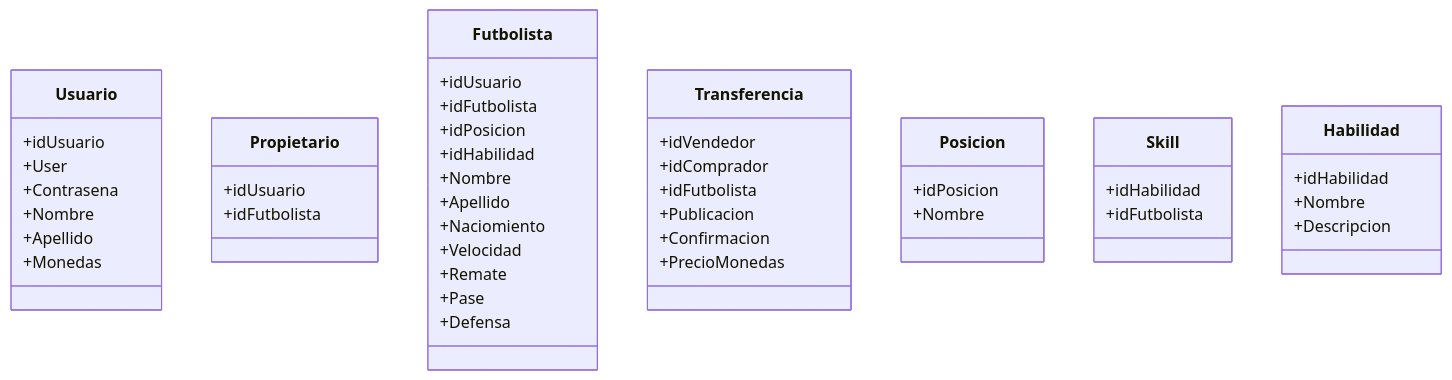
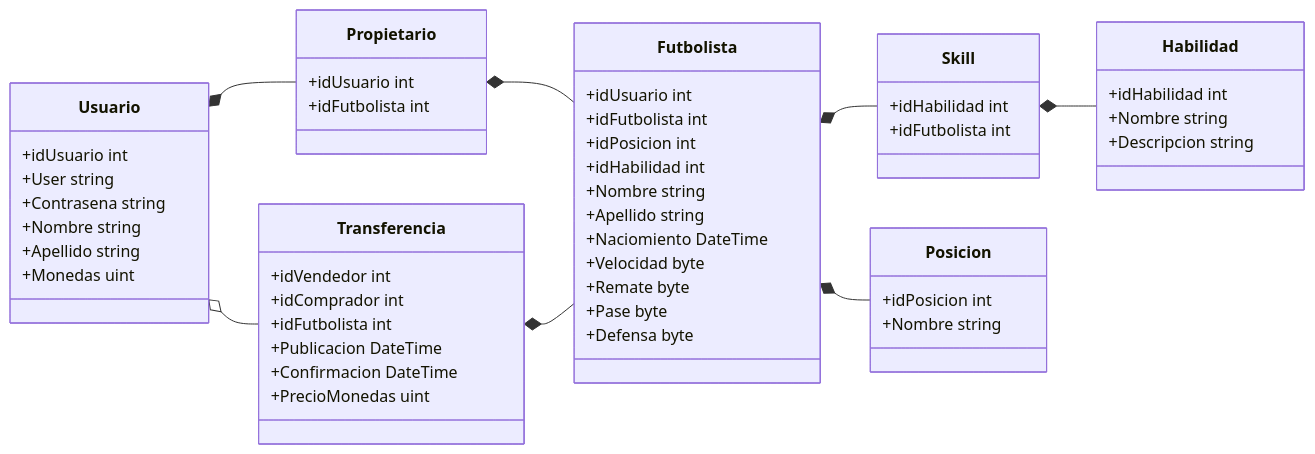
Before and after one commit to 09MauroID/FIFA2022: the diagram in docs/diagrama.mmd, drawn with Mermaid. The commit also changed 4 other files, not shown here.

```diff
--- a/docs/diagrama.mmd
+++ b/docs/diagrama.mmd
@@ -1,48 +1,55 @@
 classDiagram
-Usuario
+direction LR
+Usuario *-- Propietario
+Usuario o-- Transferencia
+Propietario *-- Futbolista
+Transferencia *-- Futbolista
+Futbolista *-- Skill
+Skill *-- Habilidad
+Futbolista *-- Posicion
 
     class Usuario
-    Usuario: +idUsuario
-    Usuario: +User
-    Usuario: +Contrasena
-    Usuario: +Nombre
-    Usuario: +Apellido
-    Usuario: +Monedas
+    Usuario: +idUsuario int
+    Usuario: +User string
+    Usuario: +Contrasena string
+    Usuario: +Nombre string
+    Usuario: +Apellido string
+    Usuario: +Monedas uint
 
     class Propietario
-    Propietario: +idUsuario
-    Propietario: +idFutbolista
+    Propietario: +idUsuario int
+    Propietario: +idFutbolista int
 
     class Futbolista
-    Futbolista: +idUsuario
-    Futbolista: +idFutbolista
-    Futbolista: +idPosicion
-    Futbolista: +idHabilidad
-    Futbolista: +Nombre
-    Futbolista: +Apellido
-    Futbolista: +Naciomiento
-    Futbolista: +Velocidad
-    Futbolista: +Remate
-    Futbolista: +Pase
-    Futbolista: +Defensa
+    Futbolista: +idUsuario int
+    Futbolista: +idFutbolista int
+    Futbolista: +idPosicion int
+    Futbolista: +idHabilidad int
+    Futbolista: +Nombre string
+    Futbolista: +Apellido string
+    Futbolista: +Naciomiento DateTime
+    Futbolista: +Velocidad byte
+    Futbolista: +Remate byte
+    Futbolista: +Pase byte
+    Futbolista: +Defensa byte
 
     class Transferencia
-    Transferencia: +idVendedor
-    Transferencia: +idComprador
-    Transferencia: +idFutbolista
-    Transferencia: +Publicacion
-    Transferencia: +Confirmacion
-    Transferencia: +PrecioMonedas
+    Transferencia: +idVendedor int
+    Transferencia: +idComprador int
+    Transferencia: +idFutbolista int
+    Transferencia: +Publicacion DateTime
+    Transferencia: +Confirmacion DateTime
+    Transferencia: +PrecioMonedas uint
 
     class Posicion
-    Posicion: +idPosicion
-    Posicion: +Nombre
+    Posicion: +idPosicion int
+    Posicion: +Nombre string
 
     class Skill
-    Skill: +idHabilidad
-    Skill: +idFutbolista
+    Skill: +idHabilidad int
+    Skill: +idFutbolista int
 
     class Habilidad
-    Habilidad: +idHabilidad
-    Habilidad: +Nombre
-    Habilidad: +Descripcion
+    Habilidad: +idHabilidad int
+    Habilidad: +Nombre string
+    Habilidad: +Descripcion string
```
